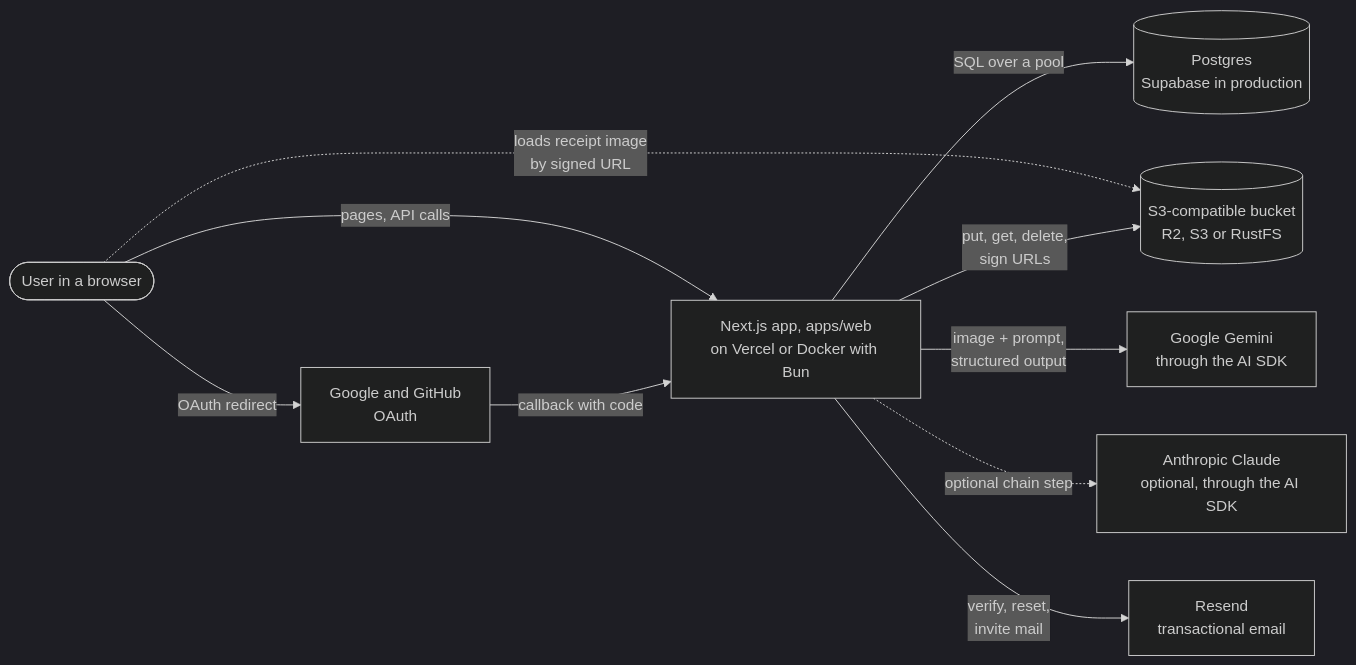
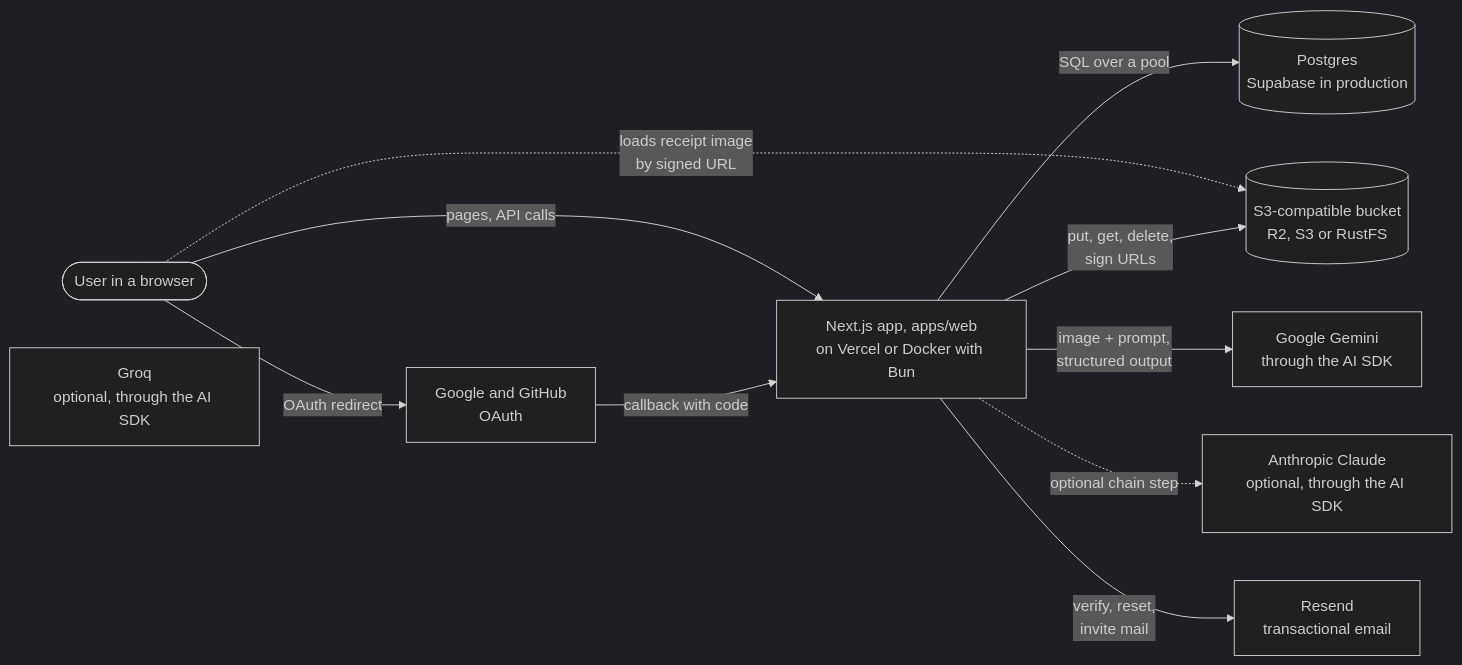
One commit to bhimrazy/receipt-ocr-app changed the first of 2 diagrams in docs/architecture/README.md. Above: the diagram before and after it, drawn with Mermaid (dark theme). The commit also changed other lines of this file and 25 other files, not shown here.

````diff
--- a/docs/architecture/README.md
+++ b/docs/architecture/README.md
@@ -24,21 +24,22 @@
 ```mermaid
 flowchart LR
   user([User in a browser])
   web[Next.js app, apps/web<br/>on Vercel or Docker with Bun]
   pg[(Postgres<br/>Supabase in production)]
   s3[(S3-compatible bucket<br/>R2, S3 or RustFS)]
   gemini[Google Gemini<br/>through the AI SDK]
   claude[Anthropic Claude<br/>optional, through the AI SDK]
+  groq[Groq<br/>optional, through the AI SDK]
   resend[Resend<br/>transactional email]
   oauth[Google and GitHub<br/>OAuth]
 
   user -- "pages, API calls" --> web
   user -. "loads receipt image<br/>by signed URL" .-> s3
   web -- "SQL over a pool" --> pg
   web -- "put, get, delete,<br/>sign URLs" --> s3
   web -- "image + prompt,<br/>structured output" --> gemini
   web -. "optional chain step" .-> claude
   web -- "verify, reset,<br/>invite mail" --> resend
   user -- "OAuth redirect" --> oauth
   oauth -- "callback with code" --> web
 ```
````
